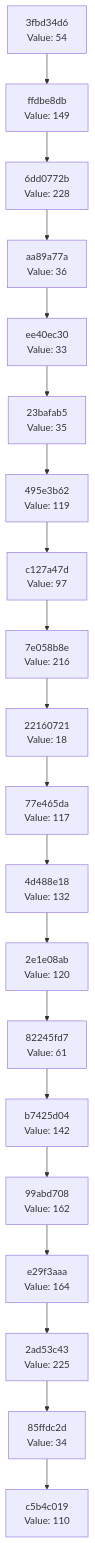
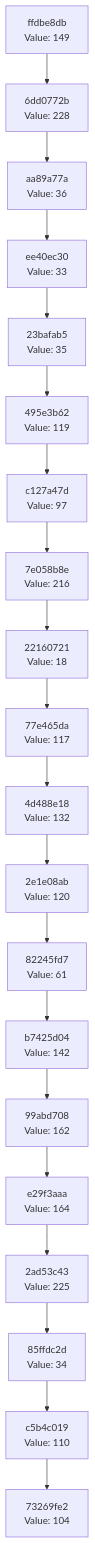
Before and after one commit to Abhisheksinha1506/hash-chain-evolver: the diagram in docs/CHAIN_VISUALIZATION.md, drawn with Mermaid. The commit also changed 3 other files, not shown here.

````diff
--- a/docs/CHAIN_VISUALIZATION.md
+++ b/docs/CHAIN_VISUALIZATION.md
@@ -3,42 +3,42 @@
 ```mermaid
 graph TD
-    C0["c5b4c019<br/>Value: 110"]
-    C1["85ffdc2d<br/>Value: 34"]
+    C0["73269fe2<br/>Value: 104"]
+    C1["c5b4c019<br/>Value: 110"]
     C1 --> C0
-    C2["2ad53c43<br/>Value: 225"]
+    C2["85ffdc2d<br/>Value: 34"]
     C2 --> C1
-    C3["e29f3aaa<br/>Value: 164"]
+    C3["2ad53c43<br/>Value: 225"]
     C3 --> C2
-    C4["99abd708<br/>Value: 162"]
+    C4["e29f3aaa<br/>Value: 164"]
     C4 --> C3
-    C5["b7425d04<br/>Value: 142"]
+    C5["99abd708<br/>Value: 162"]
     C5 --> C4
-    C6["82245fd7<br/>Value: 61"]
+    C6["b7425d04<br/>Value: 142"]
     C6 --> C5
-    C7["2e1e08ab<br/>Value: 120"]
+    C7["82245fd7<br/>Value: 61"]
     C7 --> C6
-    C8["4d488e18<br/>Value: 132"]
+    C8["2e1e08ab<br/>Value: 120"]
     C8 --> C7
-    C9["77e465da<br/>Value: 117"]
+    C9["4d488e18<br/>Value: 132"]
     C9 --> C8
-    C10["22160721<br/>Value: 18"]
+    C10["77e465da<br/>Value: 117"]
     C10 --> C9
-    C11["7e058b8e<br/>Value: 216"]
+    C11["22160721<br/>Value: 18"]
     C11 --> C10
-    C12["c127a47d<br/>Value: 97"]
+    C12["7e058b8e<br/>Value: 216"]
     C12 --> C11
-    C13["495e3b62<br/>Value: 119"]
+    C13["c127a47d<br/>Value: 97"]
     C13 --> C12
-    C14["23bafab5<br/>Value: 35"]
+    C14["495e3b62<br/>Value: 119"]
     C14 --> C13
-    C15["ee40ec30<br/>Value: 33"]
+    C15["23bafab5<br/>Value: 35"]
     C15 --> C14
-    C16["aa89a77a<br/>Value: 36"]
+    C16["ee40ec30<br/>Value: 33"]
     C16 --> C15
-    C17["6dd0772b<br/>Value: 228"]
+    C17["aa89a77a<br/>Value: 36"]
     C17 --> C16
-    C18["ffdbe8db<br/>Value: 149"]
+    C18["6dd0772b<br/>Value: 228"]
     C18 --> C17
-    C19["3fbd34d6<br/>Value: 54"]
+    C19["ffdbe8db<br/>Value: 149"]
     C19 --> C18
 ```
````
